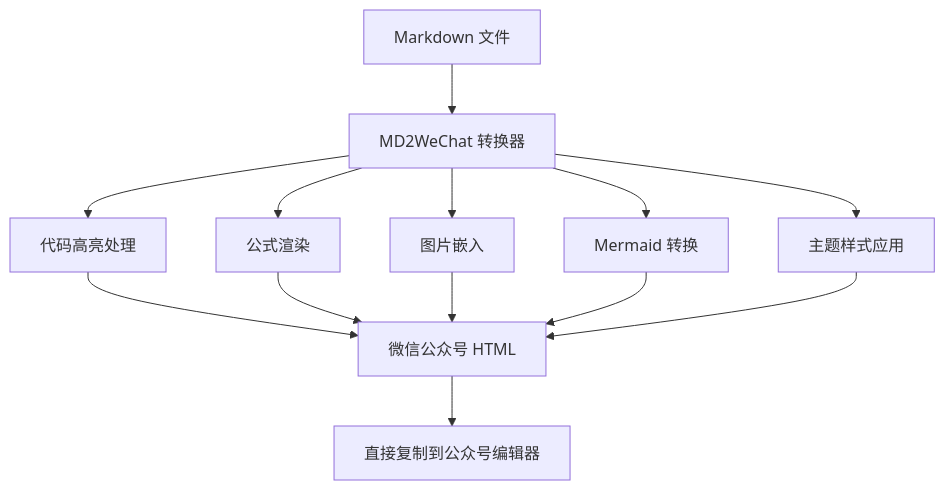
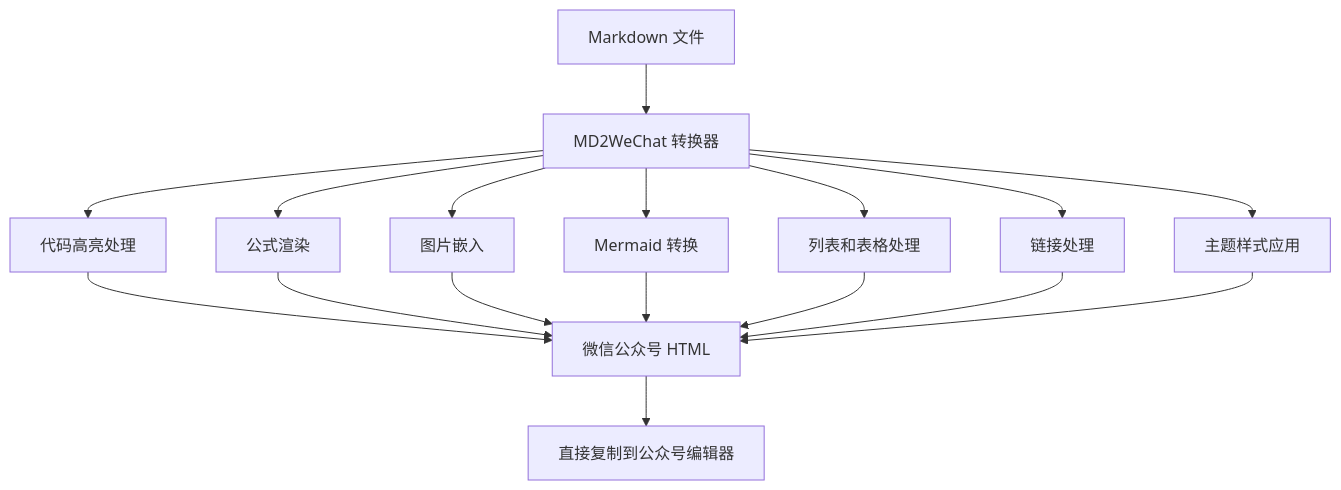
The first of 3 diagrams in examples/2025-11-05-md2wechat-intro.md (jinshidong/-skill), drawn with Mermaid before and after one commit. The commit also changed other lines of this file and 4 other files, not shown here.

````diff
--- a/examples/2025-11-05-md2wechat-intro.md
+++ b/examples/2025-11-05-md2wechat-intro.md
@@ -18,15 +19,19 @@
 ```mermaid
 graph TD
     A[Markdown 文件] --> B[MD2WeChat 转换器]
     B --> C[代码高亮处理]
     B --> D[公式渲染]
     B --> E[图片嵌入]
     B --> F[Mermaid 转换]
-    B --> G[主题样式应用]
-    C --> H[微信公众号 HTML]
-    D --> H
-    E --> H
-    F --> H
-    G --> H
-    H --> I[直接复制到公众号编辑器]
+    B --> G[列表和表格处理]
+    B --> H[链接处理]
+    B --> I[主题样式应用]
+    C --> J[微信公众号 HTML]
+    D --> J
+    E --> J
+    F --> J
+    G --> J
+    H --> J
+    I --> J
+    J --> K[直接复制到公众号编辑器]
 ```
````
